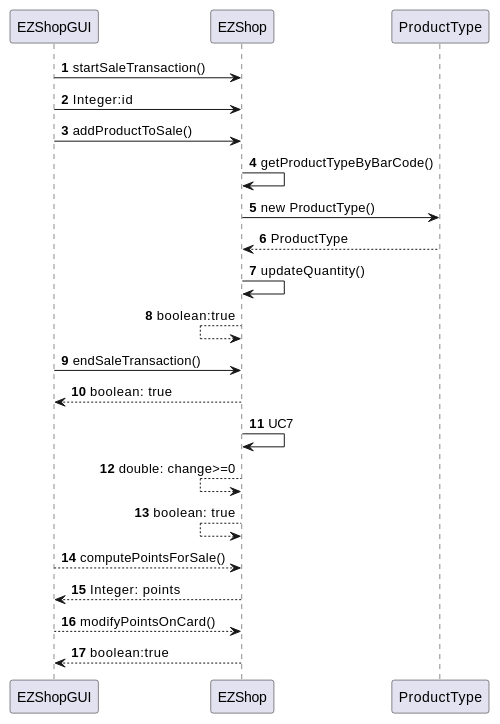
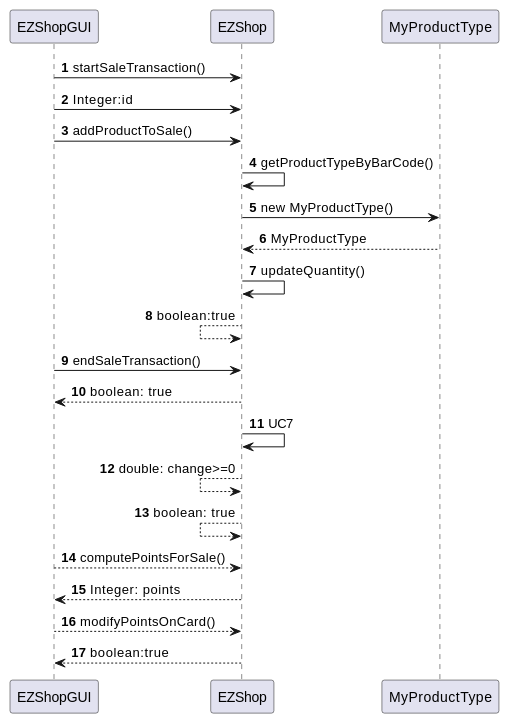
Diagram 17 of 22 in Deliverables/DesignDocument.md (mkexc/ezshop), drawn with PlantUML before and after one commit. The commit also changed other lines of this file and 160 other files, not shown here.

````diff
--- a/Deliverables/DesignDocument.md
+++ b/Deliverables/DesignDocument.md
@@ -437,22 +429,22 @@
 ```plantuml
 @startuml
 autonumber
 EZShopGUI -> EZShop : startSaleTransaction()
 EZShopGUI -> EZShop : Integer:id
 EZShopGUI -> EZShop : addProductToSale()
 EZShop -> EZShop : getProductTypeByBarCode()
-EZShop -> ProductType : new ProductType()
-EZShop <-- ProductType : ProductType
+EZShop -> MyProductType : new MyProductType()
+EZShop <-- MyProductType : MyProductType
 EZShop -> EZShop : updateQuantity()
 EZShop <-- EZShop : boolean:true
 EZShopGUI -> EZShop : endSaleTransaction()
 EZShopGUI <-- EZShop : boolean: true 
 EZShop -> EZShop : UC7
 EZShop <-- EZShop : double: change>=0
 EZShop <-- EZShop : boolean: true
 EZShopGUI --> EZShop : computePointsForSale()
 EZShopGUI <-- EZShop : Integer: points
 EZShopGUI --> EZShop : modifyPointsOnCard()
 EZShopGUI <-- EZShop : boolean:true
 @enduml
 ```
````
